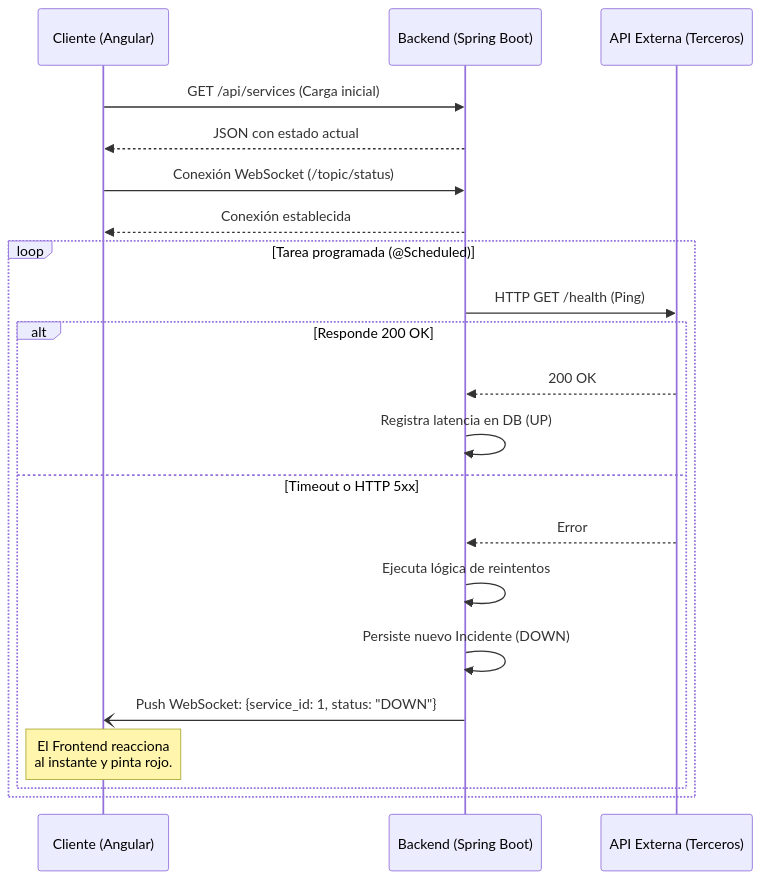
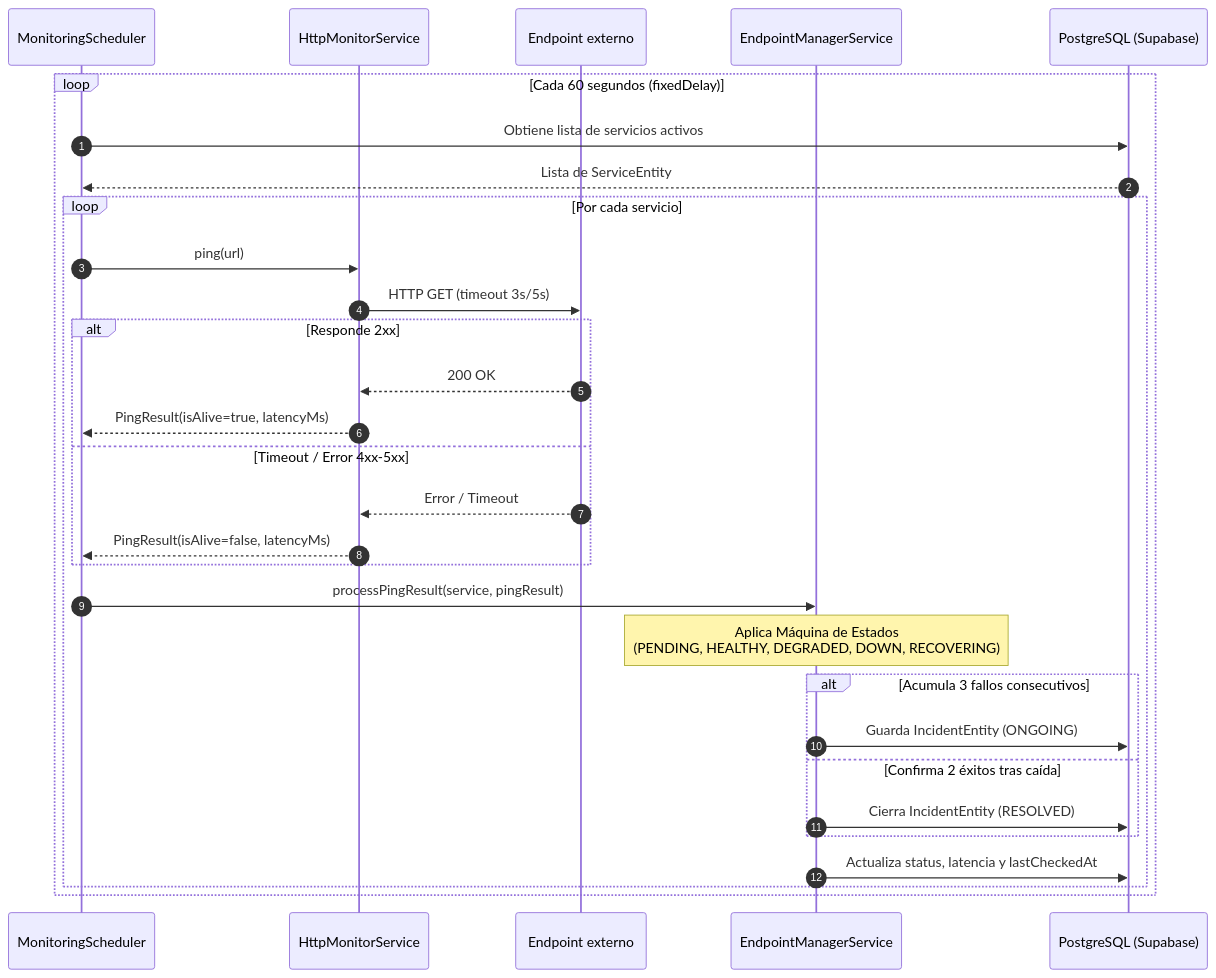
The third of 3 diagrams in docs/ARCHITECTURE.md (Marcosdaag/deploy-ops), drawn with Mermaid before and after one commit. The commit also changed other lines of this file and 3 other files, not shown here.

````diff
--- a/docs/ARCHITECTURE.md
+++ b/docs/ARCHITECTURE.md
@@ -55,27 +92,38 @@
 ```mermaid
 sequenceDiagram
-    participant F as Cliente (Angular)
-    participant B as Backend (Spring Boot)
-    participant E as API Externa (Terceros)
-    
-    F->>B: GET /api/services (Carga inicial)
-    B-->>F: JSON con estado actual
-    F->>B: Conexión WebSocket (/topic/status)
-    B-->>F: Conexión establecida
-    
-    loop Tarea programada (@Scheduled)
-        B->>E: HTTP GET /health (Ping)
+    autonumber
+    participant S as MonitoringScheduler
+    participant H as HttpMonitorService
+    participant E as Endpoint externo
+    participant M as EndpointManagerService
+    participant DB as PostgreSQL (Supabase)
+
+    loop Cada 60 segundos (fixedDelay)
+        S->>DB: Obtiene lista de servicios activos
+        DB-->>S: Lista de ServiceEntity
         
-        alt Responde 200 OK
-            E-->>B: 200 OK
-            B->>B: Registra latencia en DB (UP)
+        loop Por cada servicio
+            S->>H: ping(url)
+            H->>E: HTTP GET (timeout 3s/5s)
             
-        else Timeout o HTTP 5xx
-            E-->>B: Error
-            B->>B: Ejecuta lógica de reintentos
-            B->>B: Persiste nuevo Incidente (DOWN)
-            B-)F: Push WebSocket: {service_id: 1, status: "DOWN"}
-            Note over F: El Frontend reacciona<br/>al instante y pinta rojo.
+            alt Responde 2xx
+                E-->>H: 200 OK
+                H-->>S: PingResult(isAlive=true, latencyMs)
+            else Timeout / Error 4xx-5xx
+                E-->>H: Error / Timeout
+                H-->>S: PingResult(isAlive=false, latencyMs)
+            end
+            
+            S->>M: processPingResult(service, pingResult)
+            Note over M: Aplica Máquina de Estados<br/>(PENDING, HEALTHY, DEGRADED, DOWN, RECOVERING)
+            
+            alt Acumula 3 fallos consecutivos
+                M->>DB: Guarda IncidentEntity (ONGOING)
+            else Confirma 2 éxitos tras caída
+                M->>DB: Cierra IncidentEntity (RESOLVED)
+            end
+            
+            M->>DB: Actualiza status, latencia y lastCheckedAt
         end
     end
 ```
````
